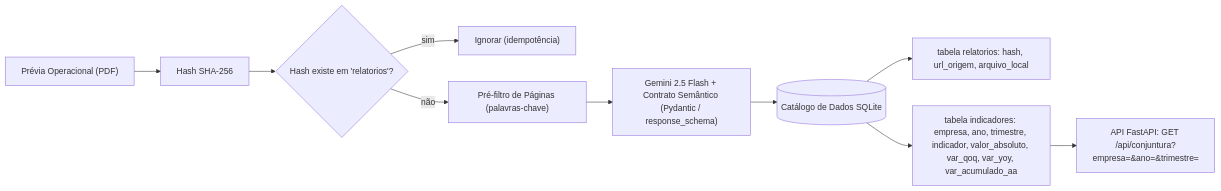
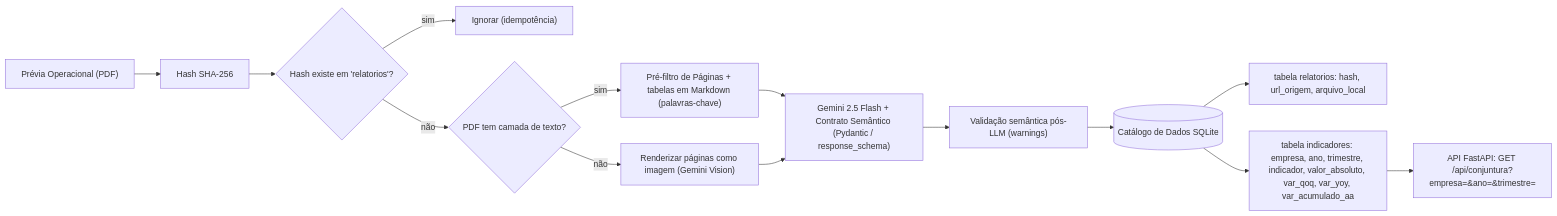
Before and after one commit to raqueleucaria/Projetos-Individuais-2026-1: the diagram in raquel-costa/projeto-4/docs/diagrams/architecture.md, drawn with Mermaid. The commit also changed other lines of this file and 11 other files, not shown here.

````diff
--- a/raquel-costa/projeto-4/docs/diagrams/architecture.md
+++ b/raquel-costa/projeto-4/docs/diagrams/architecture.md
@@ -3,12 +3,16 @@
 ```mermaid
 flowchart LR
     A["Prévia Operacional (PDF)"] --> B["Hash SHA-256"]
     B --> C{"Hash existe em 'relatorios'?"}
     C -- sim --> Z["Ignorar (idempotência)"]
-    C -- não --> D["Pré-filtro de Páginas (palavras-chave)"]
+    C -- não --> T{"PDF tem camada de texto?"}
+    T -- sim --> D["Pré-filtro de Páginas + tabelas em Markdown (palavras-chave)"]
+    T -- não --> V["Renderizar páginas como imagem (Gemini Vision)"]
     D --> E["Gemini 2.5 Flash + Contrato Semântico (Pydantic / response_schema)"]
-    E --> F[("Catálogo de Dados SQLite")]
+    V --> E
+    E --> VAL["Validação semântica pós-LLM (warnings)"]
+    VAL --> F[("Catálogo de Dados SQLite")]
     F --> F1["tabela relatorios: hash, url_origem, arquivo_local"]
     F --> F2["tabela indicadores: empresa, ano, trimestre, indicador, valor_absoluto, var_qoq, var_yoy, var_acumulado_aa"]
     F2 --> G["API FastAPI: GET /api/conjuntura?empresa=&ano=&trimestre="]
 ```
````
